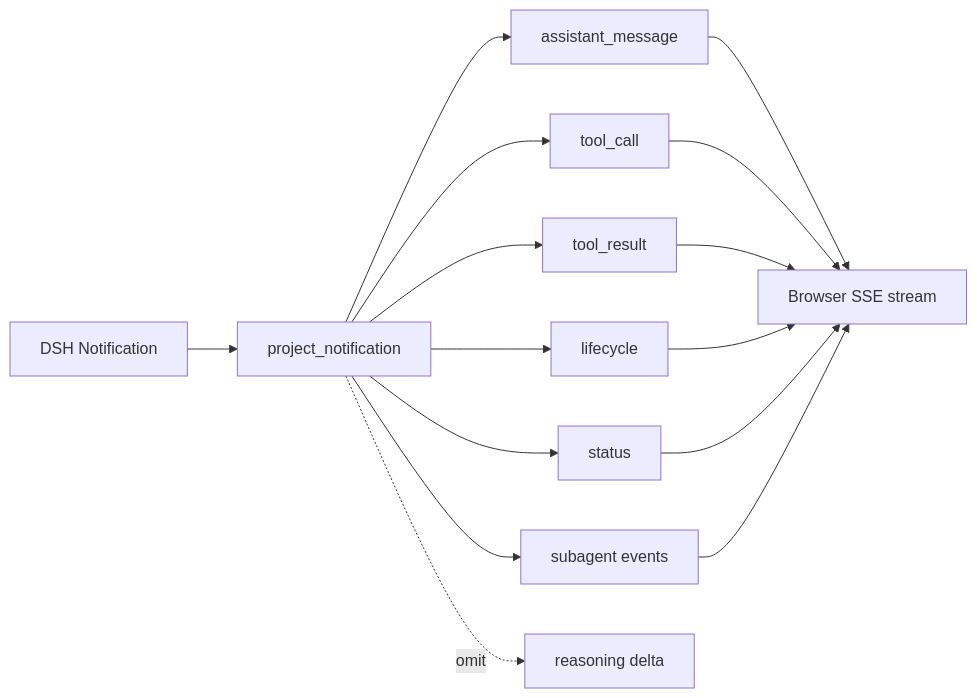
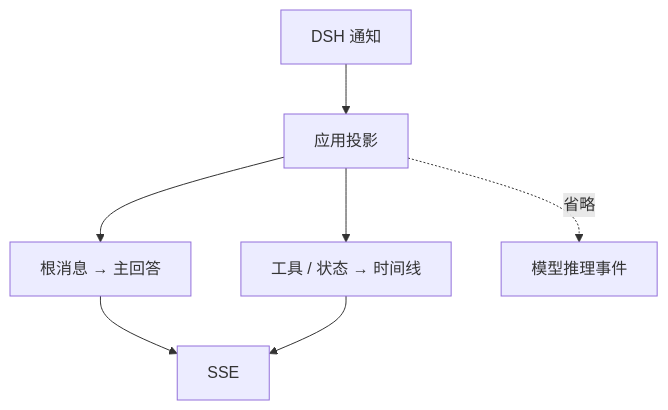
Before and after one commit to eriklee1895/hands-on-dsh: the diagram in tutorials/fastapi-101/src/dsh_fastapi_101/static/tutorials/04-tool-trajectory.md, drawn with Mermaid. The commit also changed other lines of this file and 86 other files, not shown here.

Commit message:
docs: improve course narrative, technical guidance, and diagrams

````diff
--- a/tutorials/fastapi-101/src/dsh_fastapi_101/static/tutorials/04-tool-trajectory.md
+++ b/tutorials/fastapi-101/src/dsh_fastapi_101/static/tutorials/04-tool-trajectory.md
@@ -29,17 +39,9 @@
 ```mermaid
-flowchart LR
-    Raw[DSH Notification] --> Project[project_notification]
-    Project --> Text[assistant_message]
-    Project --> ToolCall[tool_call]
-    Project --> ToolResult[tool_result]
-    Project --> Lifecycle[lifecycle]
-    Project --> Status[status]
-    Project --> Subagent[subagent events]
-    Project -. omit .-> Reasoning[reasoning delta]
-    Text --> SSE[Browser SSE stream]
-    ToolCall --> SSE
-    ToolResult --> SSE
-    Lifecycle --> SSE
-    Status --> SSE
-    Subagent --> SSE
+flowchart TD
+    Raw[DSH 通知] --> Project[应用投影]
+    Project --> Main[根消息 → 主回答]
+    Project --> Timeline[工具 / 状态 → 时间线]
+    Project -. 省略 .-> Reasoning[模型推理事件]
+    Main --> SSE[SSE]
+    Timeline --> SSE
 ```
````
